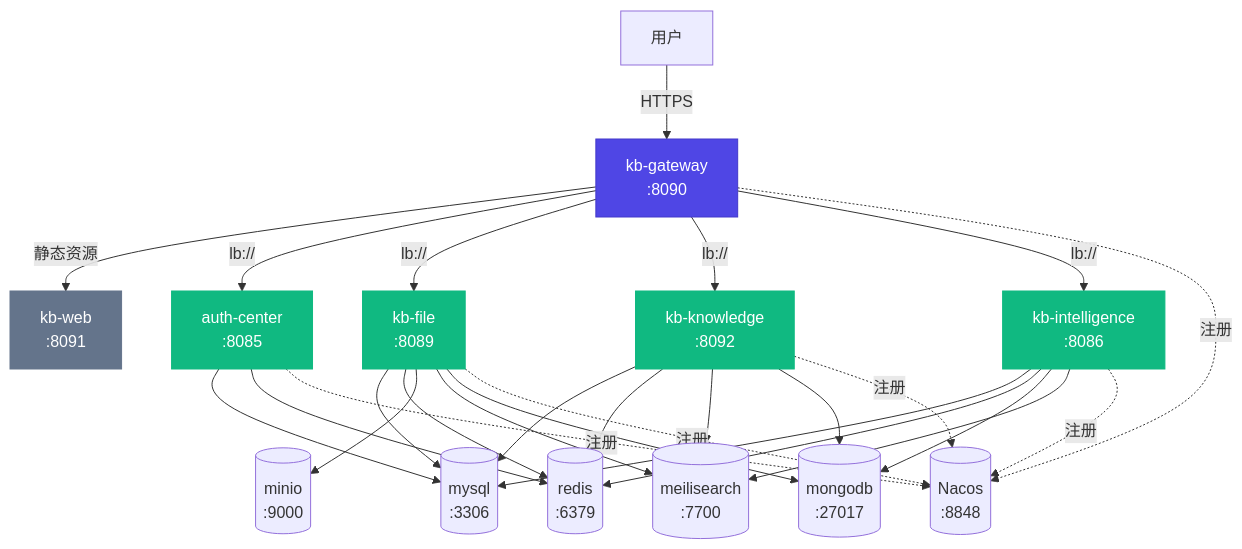
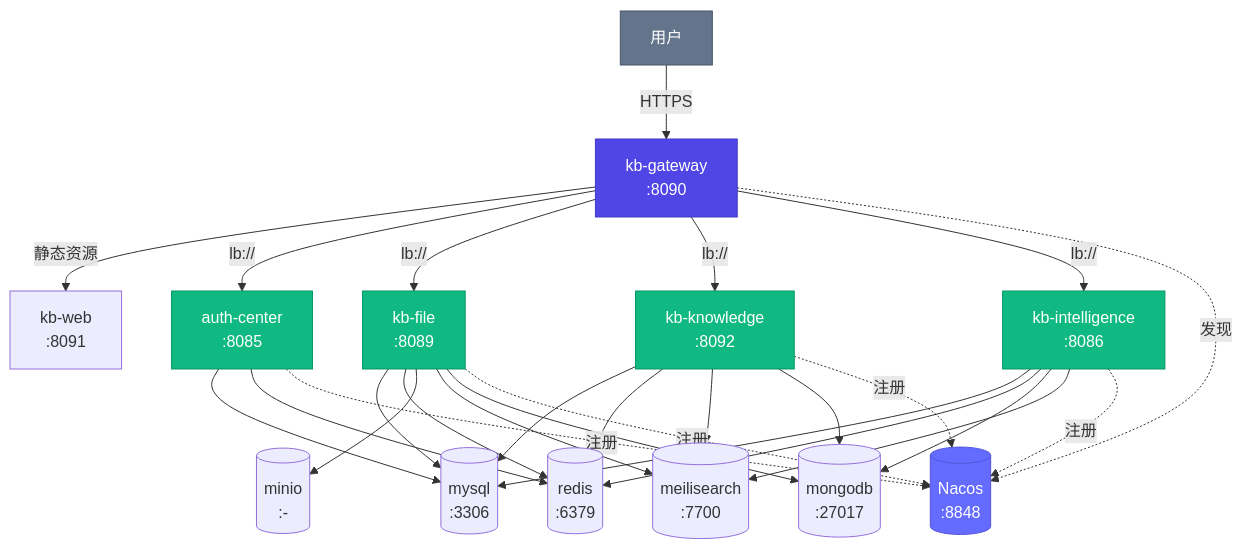
One commit to jonesAriven/devtools changed the diagram in mykng/docs/generated/模块契约文档.md. Above: the diagram before and after it, drawn with Mermaid. The commit also changed other lines of this file and 11 other files, not shown here.

First line of the commit message:
fix(gateway/portal/knowledge): 未匹配API返404 + 面板健康检测后端代跑 + 清孤儿配置（L027/L026/L039/L040/T3）

````diff
--- a/mykng/docs/generated/模块契约文档.md
+++ b/mykng/docs/generated/模块契约文档.md
@@ -144,54 +141,54 @@
 ```mermaid
 graph TD
 
     %% ===== 入口层 =====
-    User[用户] -->|HTTPS| kbgateway[kb-gateway<br/>:8090]
-    kbgateway -->|静态资源| kbweb[kb-web<br/>:8091]
+    KbWeb[kb-web<br/>:8091]
+    User[用户] -->|HTTPS| Gateway[kb-gateway<br/>:8090]
+    Gateway -->|静态资源| KbWeb
 
-    %% ===== 网关路由（lb://）=====
-    kbgateway -->|lb://| authcenter[auth-center<br/>:8085]
-    kbgateway -->|lb://| kbfile[kb-file<br/>:8089]
-    kbgateway -->|lb://| kbknowledge[kb-knowledge<br/>:8092]
-    kbgateway -->|lb://| kbintelligence[kb-intelligence<br/>:8086]
+    %% ===== 期望探针集（nacos-registered: true）=====
+    Gateway -->|lb://| AuthCenter[auth-center<br/>:8085]
+    Gateway -->|lb://| KbFile[kb-file<br/>:8089]
+    Gateway -->|lb://| KbKnowledge[kb-knowledge<br/>:8092]
+    Gateway -->|lb://| KbIntelligence[kb-intelligence<br/>:8086]
 
-    %% ===== 基础设施 =====
-    mysql[(mysql<br/>:3306)]
-    redis[(redis<br/>:6379)]
-    minio[(minio<br/>:9000)]
-    meilisearch[(meilisearch<br/>:7700)]
-    mongodb[(mongodb<br/>:27017)]
+    Mysql[(mysql<br/>:3306)]
+    Redis[(redis<br/>:6379)]
+    Minio[(minio<br/>:-)]
+    Meilisearch[(meilisearch<br/>:7700)]
+    Mongodb[(mongodb<br/>:27017)]
 
-    %% ===== 模块依赖基础设施 =====
-    authcenter --> mysql
-    authcenter --> redis
-    kbfile --> mysql
-    kbfile --> redis
-    kbfile --> minio
-    kbfile --> meilisearch
-    kbfile --> mongodb
-    kbknowledge --> mysql
-    kbknowledge --> redis
-    kbknowledge --> meilisearch
-    kbknowledge --> mongodb
-    kbintelligence --> mysql
-    kbintelligence --> redis
-    kbintelligence --> mongodb
-    kbintelligence --> meilisearch
+    AuthCenter --> Mysql
+    AuthCenter --> Redis
+    KbFile --> Mysql
+    KbFile --> Redis
+    KbFile --> Minio
+    KbFile --> Meilisearch
+    KbFile --> Mongodb
+    KbKnowledge --> Mysql
+    KbKnowledge --> Redis
+    KbKnowledge --> Meilisearch
+    KbKnowledge --> Mongodb
+    KbIntelligence --> Mysql
+    KbIntelligence --> Redis
+    KbIntelligence --> Mongodb
+    KbIntelligence --> Meilisearch
 
     %% ===== 服务发现 =====
     Nacos[(Nacos<br/>:8848)]
-    kbgateway -.注册.-> Nacos
-    authcenter -.注册.-> Nacos
-    kbfile -.注册.-> Nacos
-    kbknowledge -.注册.-> Nacos
-    kbintelligence -.注册.-> Nacos
+    AuthCenter -.注册.-> Nacos
+    KbFile -.注册.-> Nacos
+    KbKnowledge -.注册.-> Nacos
+    KbIntelligence -.注册.-> Nacos
+    Gateway -.发现.-> Nacos
 
     %% ===== 样式 =====
-    style kbgateway fill:#4f46e5,color:#fff,stroke:#4338ca
-    style authcenter fill:#10b981,color:#fff,stroke:#10b981
-    style kbfile fill:#10b981,color:#fff,stroke:#10b981
-    style kbknowledge fill:#10b981,color:#fff,stroke:#10b981
-    style kbintelligence fill:#10b981,color:#fff,stroke:#10b981
-    style kbweb fill:#64748b,color:#fff,stroke:#64748b
+    style Gateway fill:#4f46e5,color:#fff,stroke:#4338ca
+    style User fill:#64748b,color:#fff,stroke:#475569
+    style Nacos fill:#646cff,color:#fff,stroke:#5355d8
+    style AuthCenter fill:#10b981,color:#fff,stroke:#059669
+    style KbFile fill:#10b981,color:#fff,stroke:#059669
+    style KbKnowledge fill:#10b981,color:#fff,stroke:#059669
+    style KbIntelligence fill:#10b981,color:#fff,stroke:#059669
 
 ```
````
